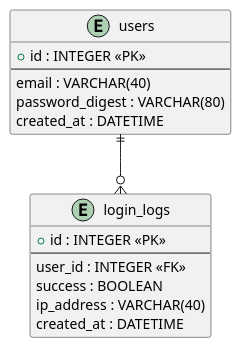
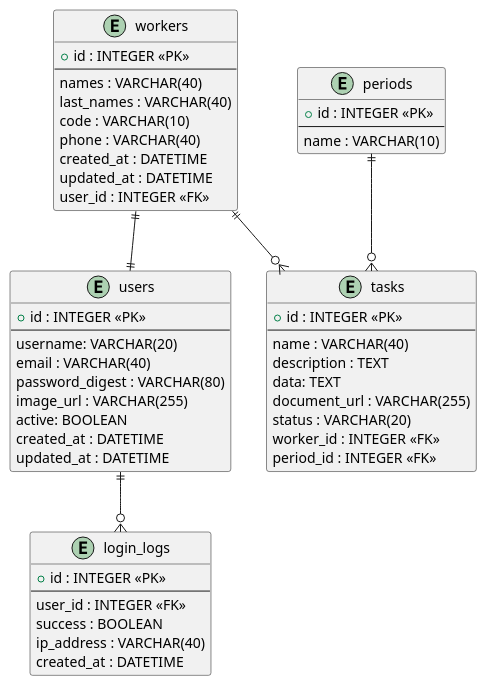
One commit to pepeul1191/abet-rails changed the diagram in docs/schema.puml. Above: the diagram before and after it, drawn with PlantUML. The commit also changed 13 other files, not shown here.

```diff
--- a/docs/schema.puml
+++ b/docs/schema.puml
@@ -1,22 +1,59 @@
 @startuml
 
 entity users {
   +id : INTEGER <<PK>>
   --
+  username: VARCHAR(20)
   email : VARCHAR(40)
   password_digest : VARCHAR(80)
+  image_url : VARCHAR(255)
+  active: BOOLEAN
   created_at : DATETIME
+  updated_at : DATETIME
+}
+
+entity workers {
+  +id : INTEGER <<PK>>
+  --
+  names : VARCHAR(40)
+  last_names : VARCHAR(40)
+  code : VARCHAR(10)
+  phone : VARCHAR(40)
+  created_at : DATETIME
+  updated_at : DATETIME
+  user_id : INTEGER <<FK>>
 }
 
 entity login_logs {
   +id : INTEGER <<PK>>
   --
   user_id : INTEGER <<FK>>
   success : BOOLEAN
   ip_address : VARCHAR(40)
   created_at : DATETIME
 }
 
+entity tasks {
+  +id : INTEGER <<PK>>
+  --
+  name : VARCHAR(40)
+  description : TEXT
+  data: TEXT
+  document_url : VARCHAR(255)
+  status : VARCHAR(20)
+  worker_id : INTEGER <<FK>>
+  period_id : INTEGER <<FK>>
+}
+
+entity periods {
+  +id : INTEGER <<PK>>
+  --
+  name : VARCHAR(10)
+}
+
 users ||--o{ login_logs
+workers ||--|| users
+workers ||--o{ tasks
+periods ||--o{ tasks
 
 @enduml
```
